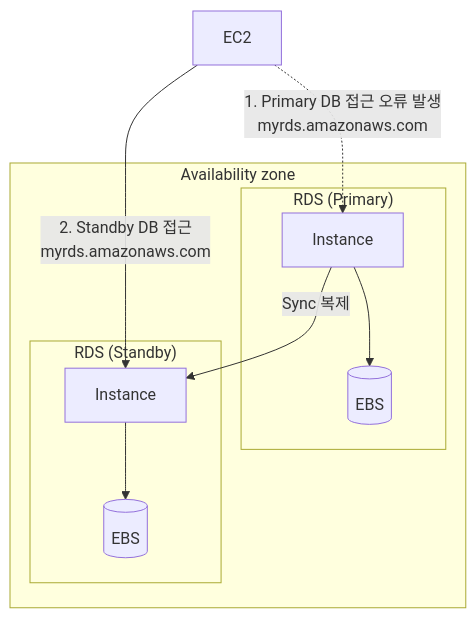
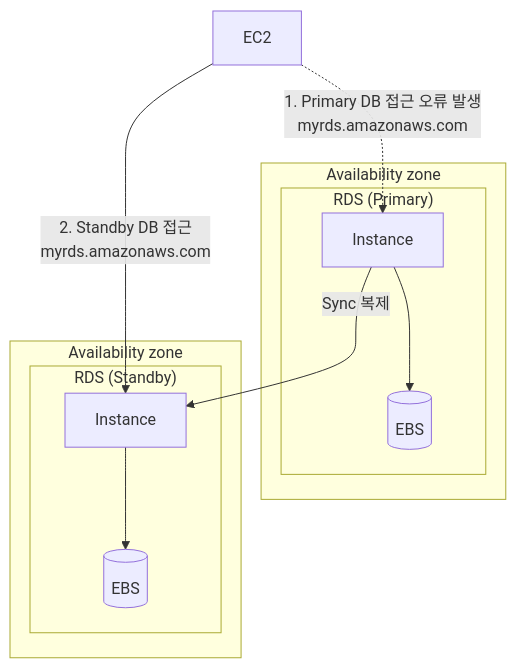
Before and after one commit to Rurien1124/study: the first of 2 diagrams in Infra/AWS/008. AWS_RDS.md, drawn with Mermaid. The commit also changed other lines of this file, not shown here.

````diff
--- a/Infra/AWS/008. AWS_RDS.md
+++ b/Infra/AWS/008. AWS_RDS.md
@@ -56,28 +56,32 @@
     ```mermaid
         flowchart TD
         
         EO[EC2]
         
         EO -.-> |1. Primary DB 접근 오류 발생<br>myrds.amazonaws.com|E1
         EO --> |2. Standby DB 접근<br>myrds.amazonaws.com|E2
     
-        subgraph AZ[Availability zone]
-            R1 & R2
+        subgraph AZ1[Availability zone]
+            R1
+        end
+    
+        subgraph AZ2[Availability zone]
+            R2
         end
   
         subgraph R1["RDS (Primary)"]
             E1[Instance]
             EBS1[(EBS)]
   
             E1 --> EBS1
         end
   
         subgraph R2["RDS (Standby)"]
             E2[Instance]
             EBS2[(EBS)]
           
             E2 --> EBS2
         end
       
         E1 --> |Sync 복제|E2
     ```
````
